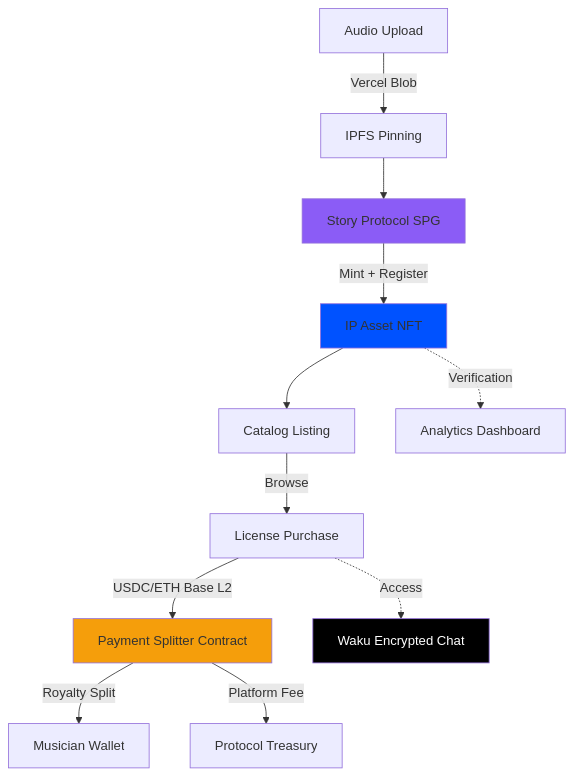
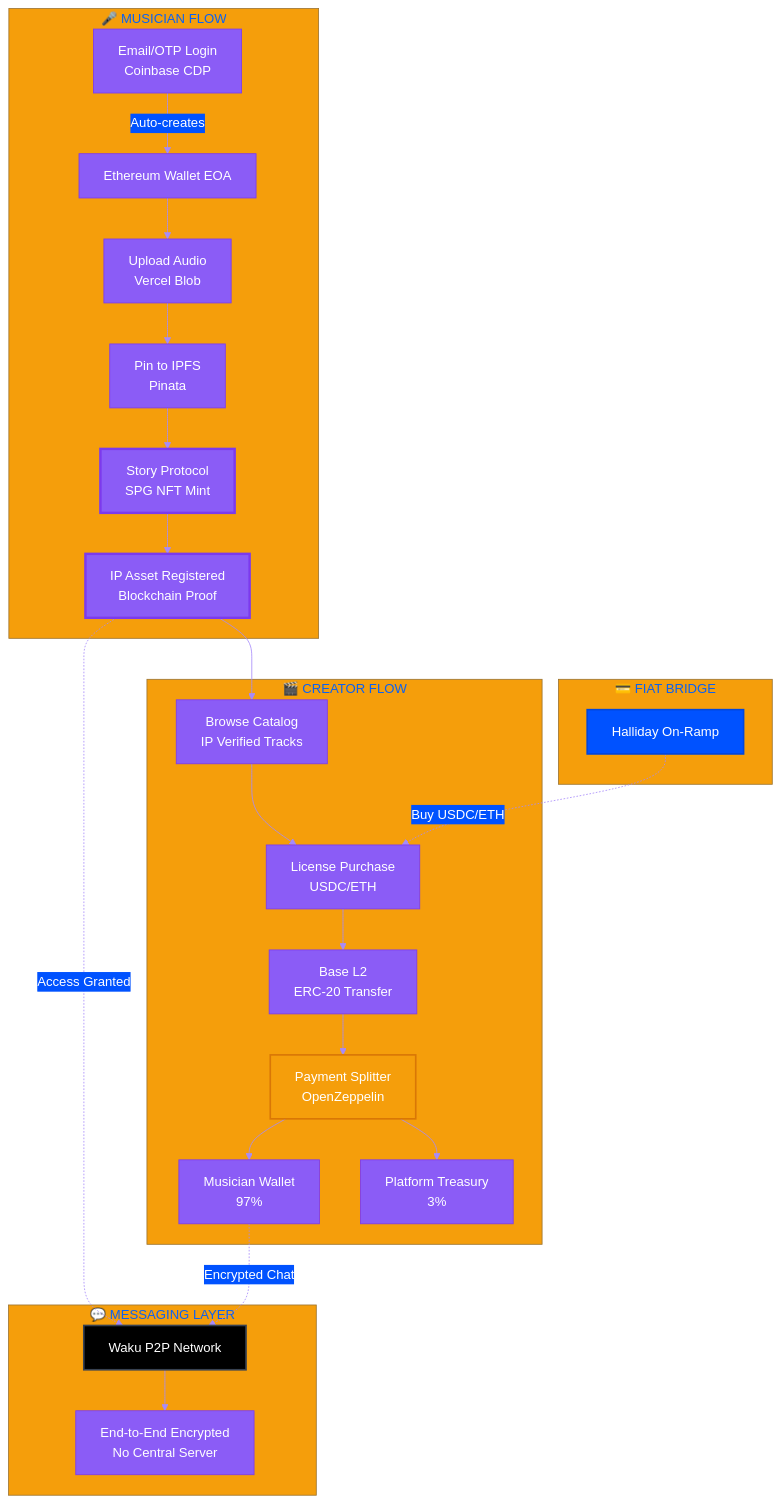
Before and after one commit to ValenteCreativo/Side-B: the diagram in README.md, drawn with Mermaid. The commit also changed other lines of this file, not shown here.

````diff
--- a/README.md
+++ b/README.md
@@ -73,18 +109,37 @@
 ```mermaid
+%%{init: {'theme':'base', 'themeVariables': { 'primaryColor':'#8B5CF6','primaryTextColor':'#fff','primaryBorderColor':'#7C3AED','lineColor':'#A78BFA','secondaryColor':'#0052FF','tertiaryColor':'#F59E0B'}}}%%
 graph TB
-    A[Audio Upload] -->|Vercel Blob| B[IPFS Pinning]
-    B --> C[Story Protocol SPG]
-    C -->|Mint + Register| D[IP Asset NFT]
-    D --> E[Catalog Listing]
-    E -->|Browse| F[License Purchase]
-    F -->|USDC/ETH Base L2| G[Payment Splitter Contract]
-    G -->|Royalty Split| H[Musician Wallet]
-    G -->|Platform Fee| I[Protocol Treasury]
-    D -.->|Verification| J[Analytics Dashboard]
-    F -.->|Access| K[Waku Encrypted Chat]
+    subgraph "🎤 MUSICIAN FLOW"
+        A[Email/OTP Login<br/>Coinbase CDP] -->|Auto-creates| B[Ethereum Wallet EOA]
+        B --> C[Upload Audio<br/>Vercel Blob]
+        C --> D[Pin to IPFS<br/>Pinata]
+        D --> E[Story Protocol<br/>SPG NFT Mint]
+        E --> F[IP Asset Registered<br/>Blockchain Proof]
+    end
 
-    style C fill:#8B5CF6
-    style D fill:#0052FF
-    style G fill:#F59E0B
-    style K fill:#000000,color:#FFFFFF
+    subgraph "🎬 CREATOR FLOW"
+        G[Browse Catalog<br/>IP Verified Tracks] --> H[License Purchase<br/>USDC/ETH]
+        H --> I[Base L2<br/>ERC-20 Transfer]
+        I --> J[Payment Splitter<br/>OpenZeppelin]
+        J --> K1[Musician Wallet<br/>97%]
+        J --> K2[Platform Treasury<br/>3%]
+    end
+
+    subgraph "💬 MESSAGING LAYER"
+        F -.->|Access Granted| L[Waku P2P Network]
+        K1 -.->|Encrypted Chat| L
+        L --> M[End-to-End Encrypted<br/>No Central Server]
+    end
+
+    subgraph "💳 FIAT BRIDGE"
+        N[Halliday On-Ramp] -.->|Buy USDC/ETH| H
+    end
+
+    F --> G
+
+    style E fill:#8B5CF6,stroke:#7C3AED,stroke-width:3px,color:#fff
+    style F fill:#8B5CF6,stroke:#7C3AED,stroke-width:3px,color:#fff
+    style J fill:#F59E0B,stroke:#D97706,stroke-width:2px
+    style L fill:#000,stroke:#374151,stroke-width:2px,color:#fff
+    style N fill:#0052FF,stroke:#0046DD,stroke-width:2px,color:#fff
 ```
````
